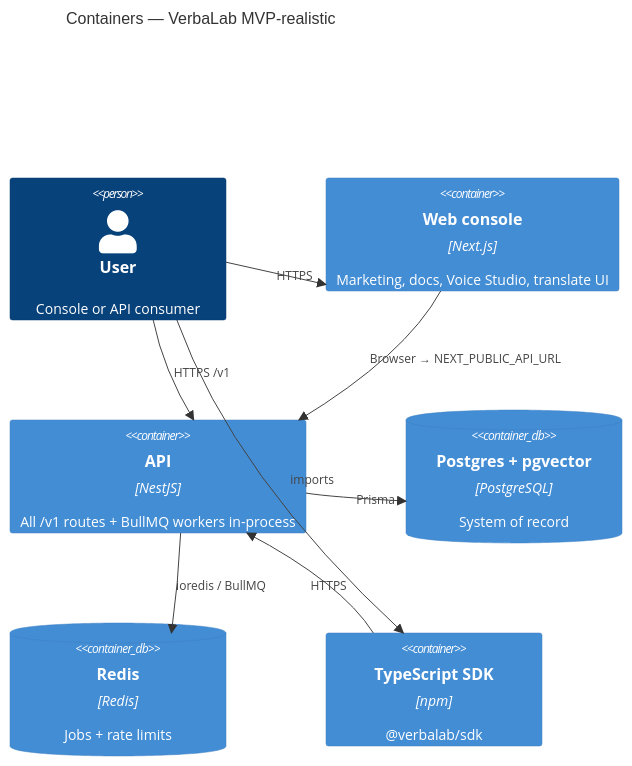
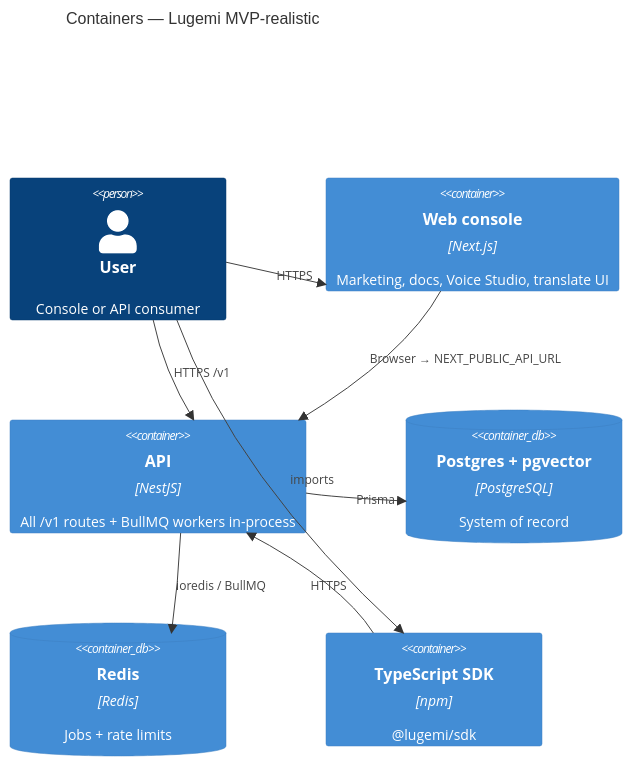
Before and after one commit to roosevelt-jpg/verbalab: the second of 5 diagrams in docs/ENTERPRISE_PRODUCT_BLUEPRINT.md, drawn with Mermaid. The commit also changed other lines of this file and 865 other files, not shown here.

First line of the commit message:
Rename VerbaLab/verbalab to Lugemi/lugemi across the monorepo.

````diff
--- a/docs/ENTERPRISE_PRODUCT_BLUEPRINT.md
+++ b/docs/ENTERPRISE_PRODUCT_BLUEPRINT.md
@@ -59,20 +59,20 @@
 ```mermaid
 C4Container
-  title Containers — VerbaLab MVP-realistic
+  title Containers — Lugemi MVP-realistic
 
   Person(user, "User", "Console or API consumer")
 
   Container(web, "Web console", "Next.js", "Marketing, docs, Voice Studio, translate UI")
   Container(api, "API", "NestJS", "All /v1 routes + BullMQ workers in-process")
   ContainerDb(pg, "Postgres + pgvector", "PostgreSQL", "System of record")
   ContainerDb(redis, "Redis", "Redis", "Jobs + rate limits")
-  Container(sdk, "TypeScript SDK", "npm", "@verbalab/sdk")
+  Container(sdk, "TypeScript SDK", "npm", "@lugemi/sdk")
 
   Rel(user, web, "HTTPS")
   Rel(user, api, "HTTPS /v1")
   Rel(user, sdk, "imports")
   Rel(sdk, api, "HTTPS")
   Rel(web, api, "Browser → NEXT_PUBLIC_API_URL")
   Rel(api, pg, "Prisma")
   Rel(api, redis, "ioredis / BullMQ")
 ```
````
